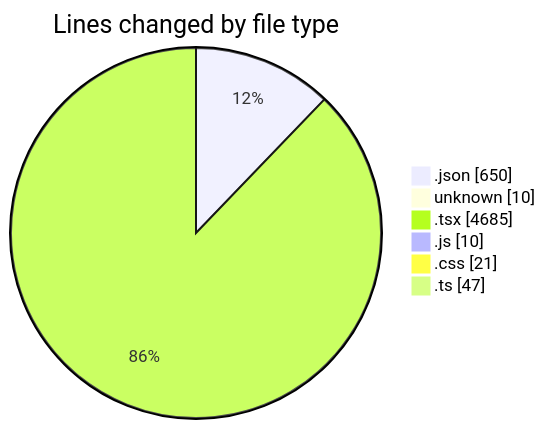
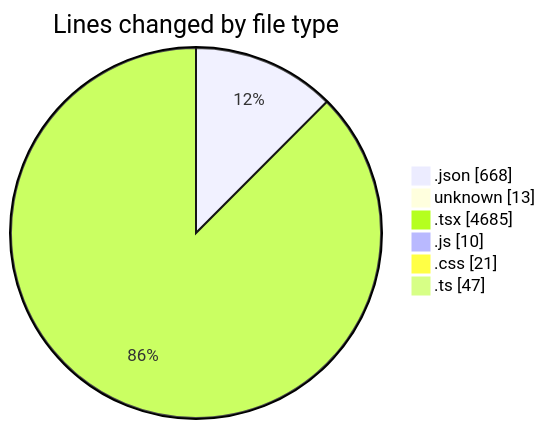
Before and after one commit to Elitesun/code-tracking: the first of 2 diagrams in 2025-05-02/niten/README.md, drawn with Mermaid. The commit also changed other lines of this file and 1 other file, not shown here.

````diff
--- a/2025-05-02/niten/README.md
+++ b/2025-05-02/niten/README.md
@@ -63,10 +65,10 @@
 ```mermaid
 pie showData
 title Lines changed by file type
-".json" : 650
-"unknown" : 10
+".json" : 668
+"unknown" : 13
 ".tsx" : 4685
 ".js" : 10
 ".css" : 21
 ".ts" : 47
 ```
````
